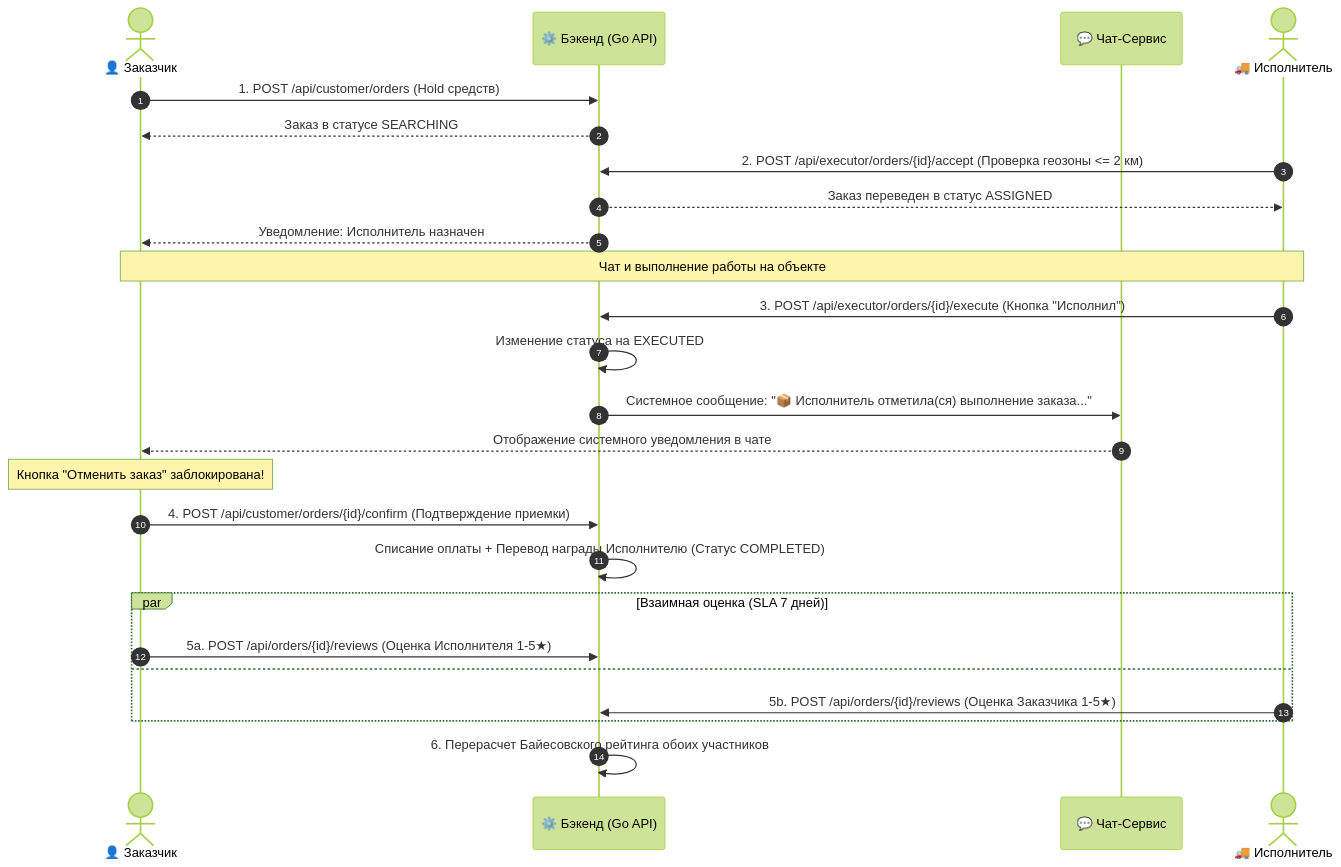
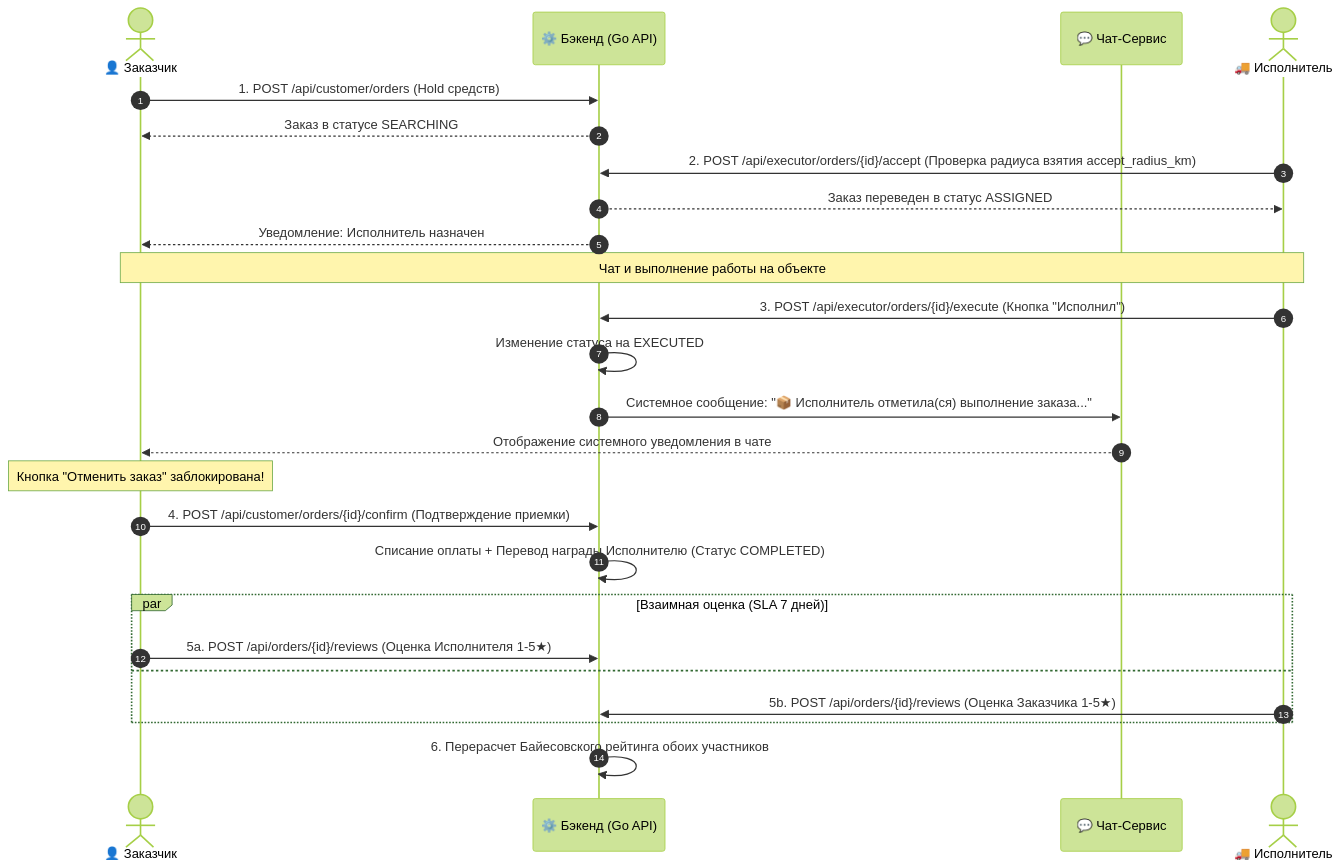
The second of 2 diagrams in doc/rating_system_and_order_lifecycle.md (zubans/trash), drawn with Mermaid (forest theme) before and after one commit. The commit also changed other lines of this file and 27 other files, not shown here.

````diff
--- a/doc/rating_system_and_order_lifecycle.md
+++ b/doc/rating_system_and_order_lifecycle.md
@@ -82,35 +83,35 @@
 ```mermaid
 sequenceDiagram
     autonumber
     actor Customer as 👤 Заказчик
     participant Backend as ⚙️ Бэкенд (Go API)
     participant Chat as 💬 Чат-Сервис
     actor Executor as 🚚 Исполнитель
 
     Customer->>Backend: 1. POST /api/customer/orders (Hold средств)
     Backend-->>Customer: Заказ в статусе SEARCHING
     
-    Executor->>Backend: 2. POST /api/executor/orders/{id}/accept (Проверка геозоны <= 2 км)
+    Executor->>Backend: 2. POST /api/executor/orders/{id}/accept (Проверка радиуса взятия accept_radius_km)
     Backend-->>Executor: Заказ переведен в статус ASSIGNED
     Backend-->>Customer: Уведомление: Исполнитель назначен
 
     Note over Customer,Executor: Чат и выполнение работы на объекте
 
     Executor->>Backend: 3. POST /api/executor/orders/{id}/execute (Кнопка "Исполнил")
     Backend->>Backend: Изменение статуса на EXECUTED
     Backend->>Chat: Системное сообщение: "📦 Исполнитель отметила(ся) выполнение заказа..."
     Chat-->>Customer: Отображение системного уведомления в чате
 
     Note over Customer: Кнопка "Отменить заказ" заблокирована!
 
     Customer->>Backend: 4. POST /api/customer/orders/{id}/confirm (Подтверждение приемки)
     Backend->>Backend: Списание оплаты + Перевод награды Исполнителю (Статус COMPLETED)
 
     par Взаимная оценка (SLA 7 дней)
         Customer->>Backend: 5a. POST /api/orders/{id}/reviews (Оценка Исполнителя 1-5★)
     and
         Executor->>Backend: 5b. POST /api/orders/{id}/reviews (Оценка Заказчика 1-5★)
     end
 
     Backend->>Backend: 6. Перерасчет Байесовского рейтинга обоих участников
 ```
````
